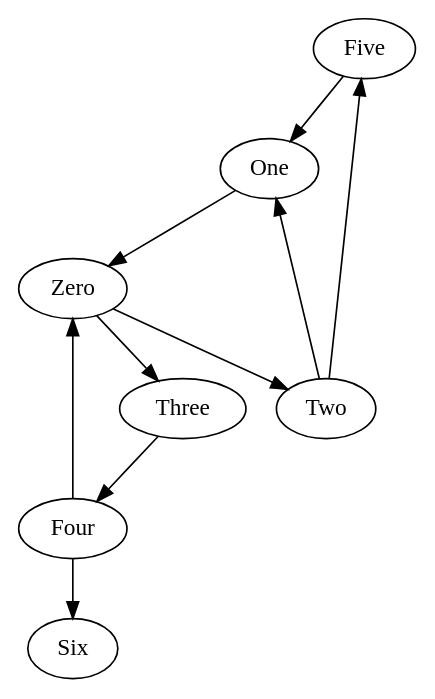
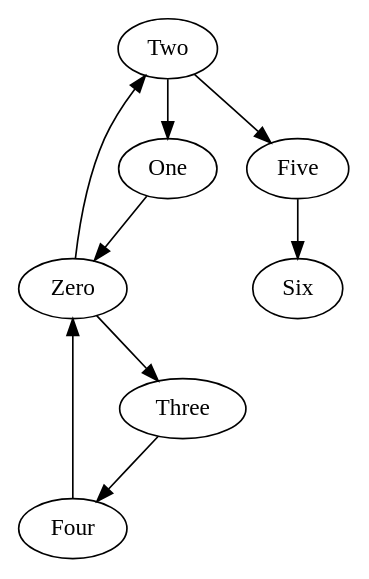
Before and after one commit to Georgilqlq/city_map_project: the diagram in project/Graph.dot, drawn with Graphviz. The commit also changed 3 other files, not shown here.

```diff
--- a/project/Graph.dot
+++ b/project/Graph.dot
@@ -1,11 +1,10 @@
 digraph visual{
-Five->One[weight=9];
-Four->Six[weight=39];
+Five->Six[weight=52];
 Four->Zero[weight=72];
 One->Zero[weight=10];
 Three->Four[weight=19];
 Two->Five[weight=31];
 Two->One[weight=41];
 Zero->Three[weight=15];
 Zero->Two[weight=11];
 }
```
